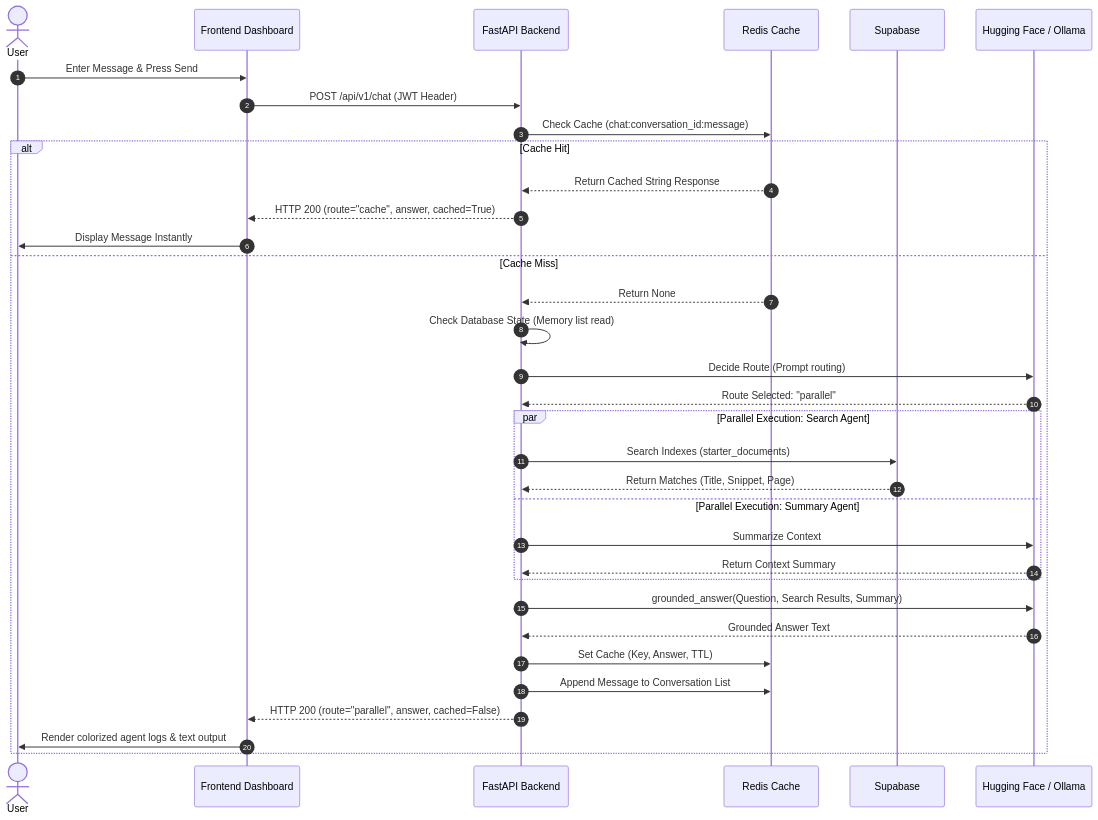
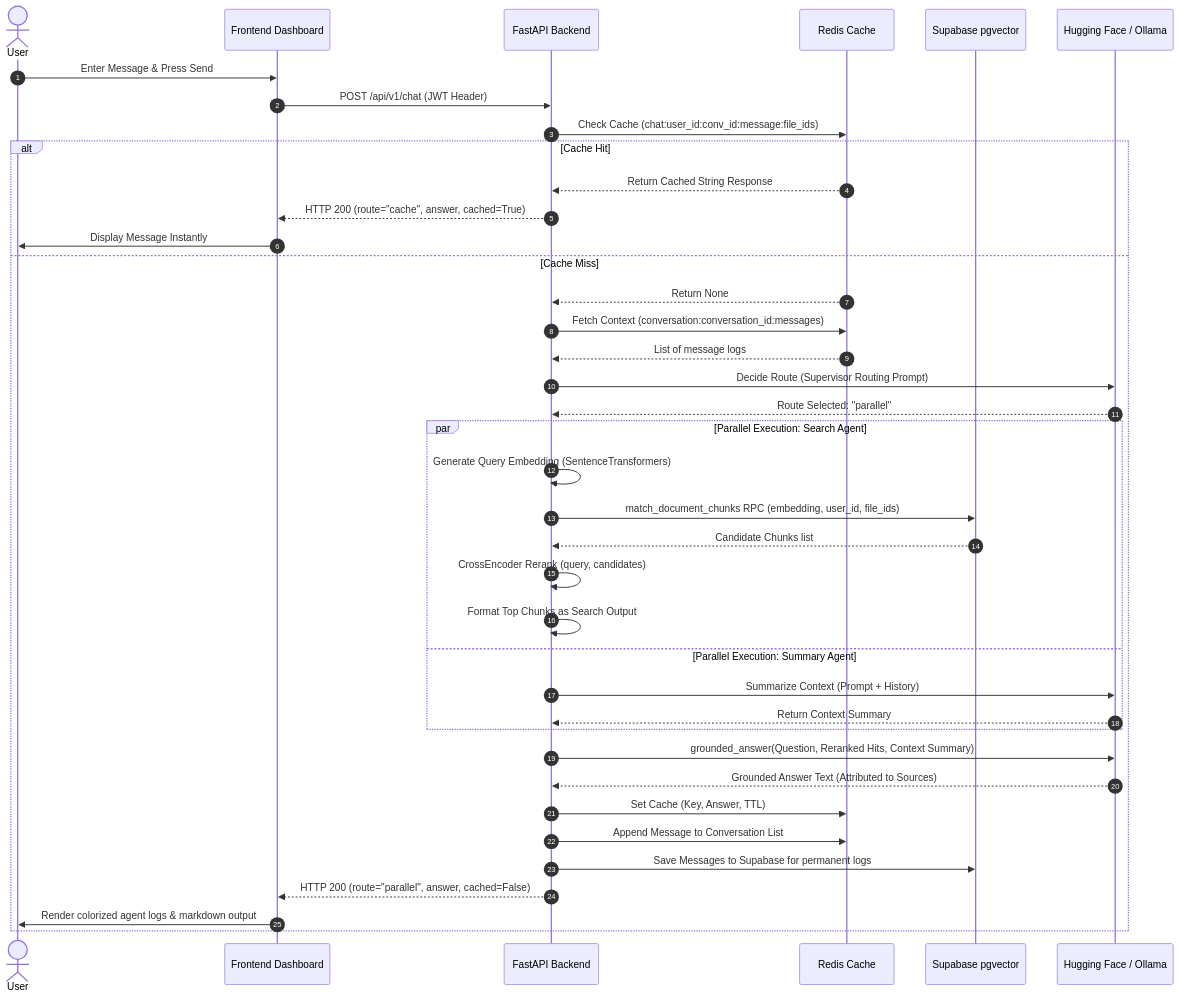
The fourth of 7 diagrams in docs/system_reference_documentation.md (Sayan-Official-32/Agentic-Platform), drawn with Mermaid before and after one commit. The commit also changed other lines of this file and 1 other file, not shown here.

````diff
--- a/docs/system_reference_documentation.md
+++ b/docs/system_reference_documentation.md
@@ -233,39 +272,44 @@
 ```mermaid
 sequenceDiagram
     autonumber
     actor User
     participant FE as Frontend Dashboard
     participant BE as FastAPI Backend
     participant Redis as Redis Cache
-    participant ES as Supabase
+    participant DB as Supabase pgvector
     participant LLM as Hugging Face / Ollama
 
     User->>FE: Enter Message & Press Send
     FE->>BE: POST /api/v1/chat (JWT Header)
-    BE->>Redis: Check Cache (chat:conversation_id:message)
+    BE->>Redis: Check Cache (chat:user_id:conv_id:message:file_ids)
     alt Cache Hit
         Redis-->>BE: Return Cached String Response
         BE-->>FE: HTTP 200 (route="cache", answer, cached=True)
         FE->>User: Display Message Instantly
     else Cache Miss
         Redis-->>BE: Return None
-        BE->>BE: Check Database State (Memory list read)
-        BE->>LLM: Decide Route (Prompt routing)
+        BE->>Redis: Fetch Context (conversation:conversation_id:messages)
+        Redis-->>BE: List of message logs
+        BE->>LLM: Decide Route (Supervisor Routing Prompt)
         LLM-->>BE: Route Selected: "parallel"
         
         par Parallel Execution: Search Agent
-            BE->>ES: Search Indexes (starter_documents)
-            ES-->>BE: Return Matches (Title, Snippet, Page)
+            BE->>BE: Generate Query Embedding (SentenceTransformers)
+            BE->>DB: match_document_chunks RPC (embedding, user_id, file_ids)
+            DB-->>BE: Candidate Chunks list
+            BE->>BE: CrossEncoder Rerank (query, candidates)
+            BE->>BE: Format Top Chunks as Search Output
         and Parallel Execution: Summary Agent
-            BE->>LLM: Summarize Context
+            BE->>LLM: Summarize Context (Prompt + History)
             LLM-->>BE: Return Context Summary
         end
 
-        BE->>LLM: grounded_answer(Question, Search Results, Summary)
-        LLM-->>BE: Grounded Answer Text
+        BE->>LLM: grounded_answer(Question, Reranked Hits, Context Summary)
+        LLM-->>BE: Grounded Answer Text (Attributed to Sources)
         BE->>Redis: Set Cache (Key, Answer, TTL)
         BE->>Redis: Append Message to Conversation List
+        BE->>DB: Save Messages to Supabase for permanent logs
         BE-->>FE: HTTP 200 (route="parallel", answer, cached=False)
-        FE->>User: Render colorized agent logs & text output
+        FE->>User: Render colorized agent logs & markdown output
     end
 ```
````
